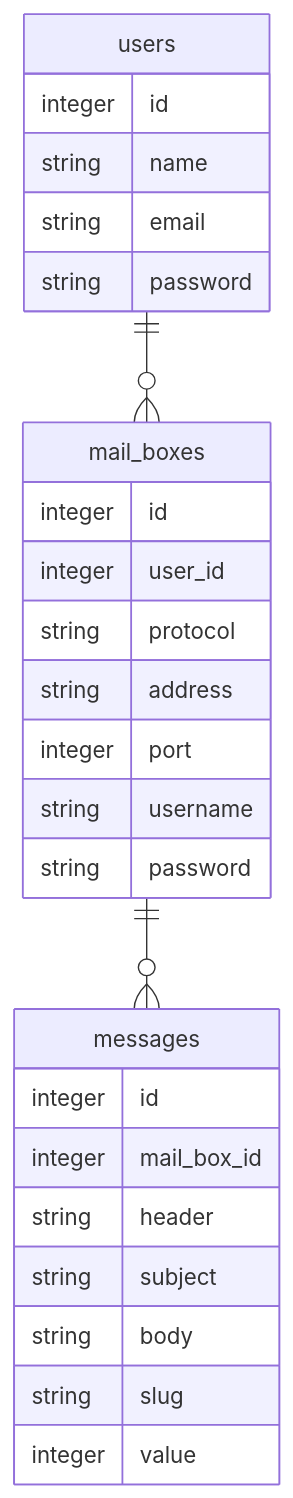
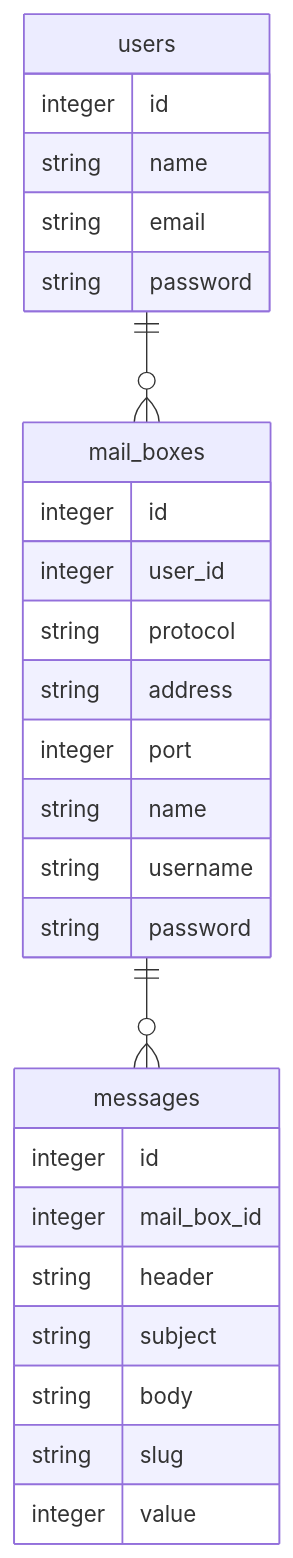
One commit to kurohara/pseudomailbin changed the diagram in README.md. Above: the diagram before and after it, drawn with Mermaid. The commit also changed other lines of this file and 18 other files, not shown here.

````diff
--- a/README.md
+++ b/README.md
@@ -81,32 +60,33 @@
 ```mermaid
 erDiagram
 users ||--o{ mail_boxes: ""
 mail_boxes ||--o{ messages: ""
 
 users {
     integer id
     string name
     string email
     string password
 }
 
 mail_boxes {
     integer id
     integer user_id
     string protocol
     string address
     integer port
+    string name
     string username
     string password
 }
 
 messages {
     integer id
     integer mail_box_id
     string header
     string subject
     string body
     string slug
     integer value
 }
 ```
````
